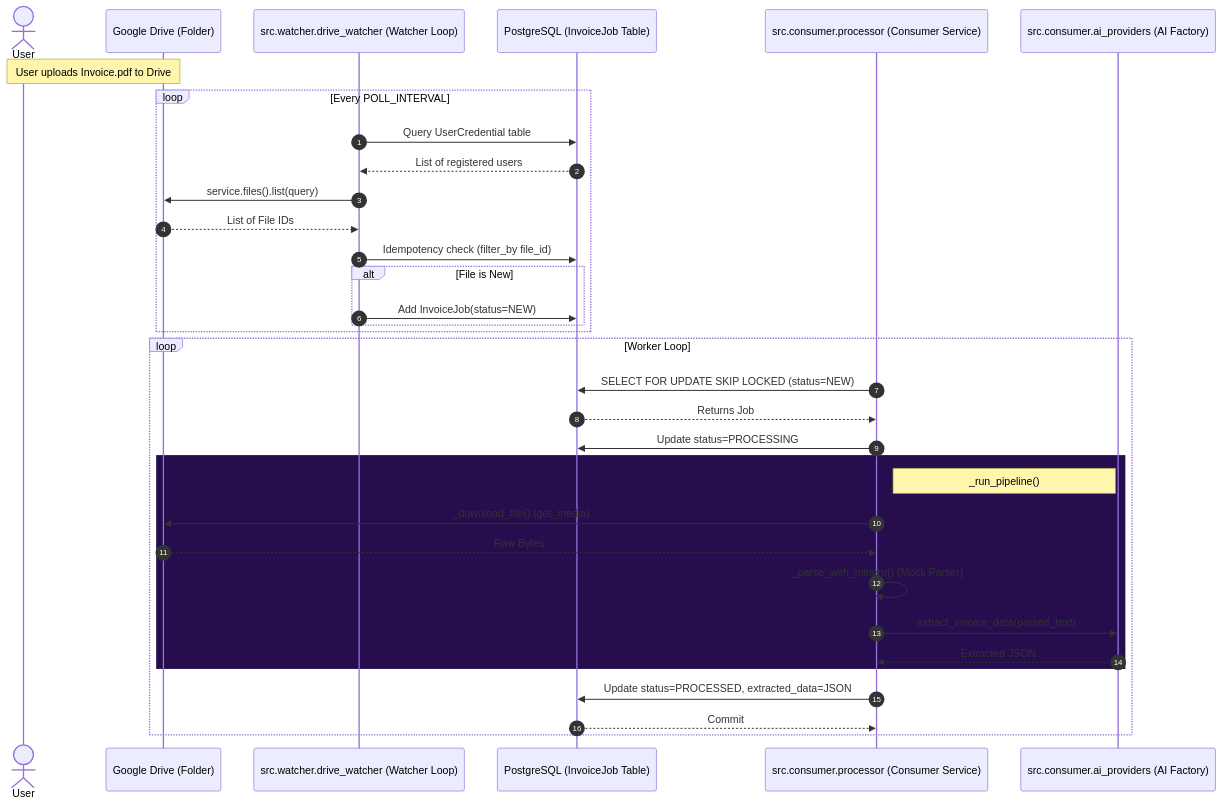
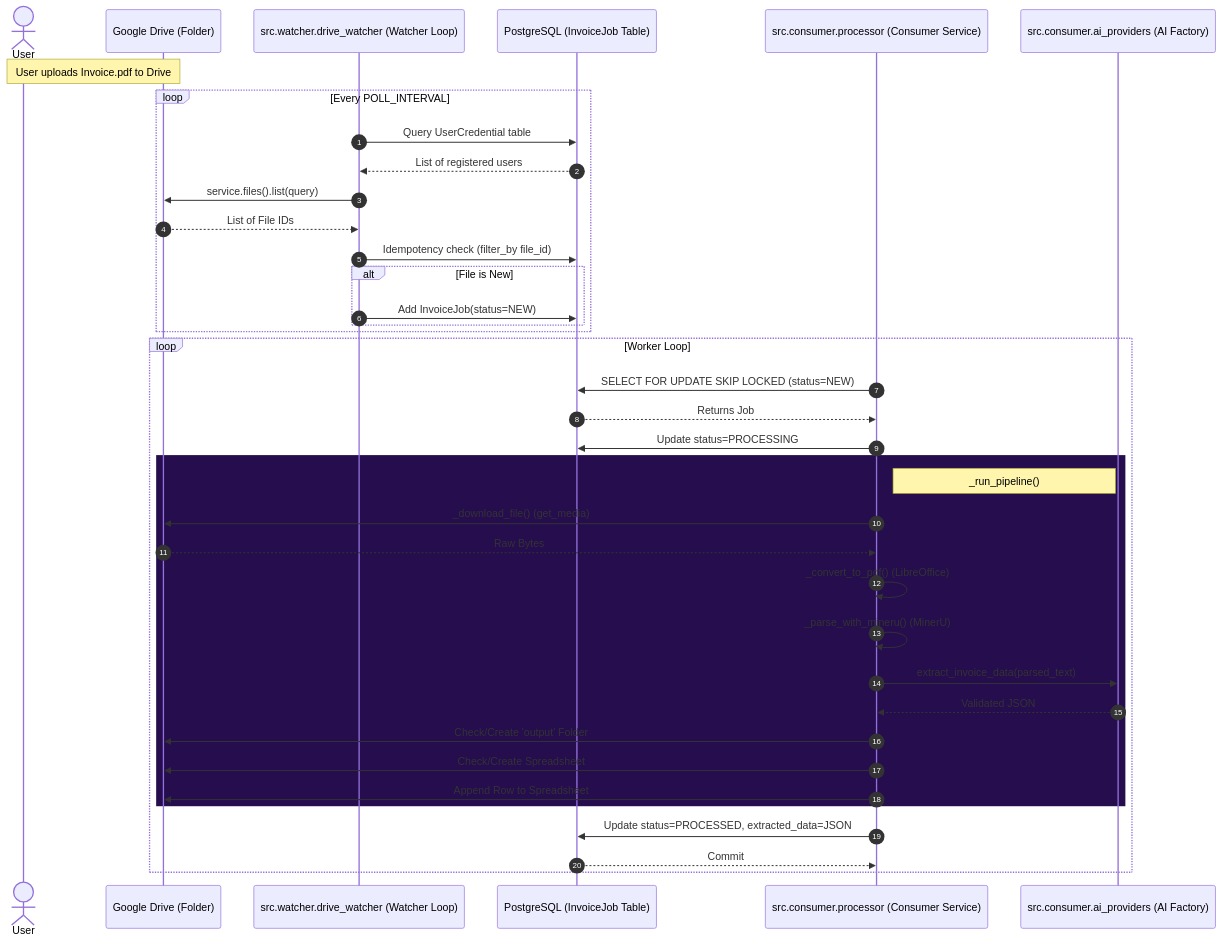
Before and after one commit to vinayak912002/AuditBot: the second of 2 diagrams in diagrams/use_case_overview.md, drawn with Mermaid. The commit also changed other lines of this file and 12 other files, not shown here.

````diff
--- a/diagrams/use_case_overview.md
+++ b/diagrams/use_case_overview.md
@@ -34,41 +36,45 @@
 ```mermaid
 sequenceDiagram
     autonumber
     actor User
     participant GDrive as Google Drive (Folder)
     participant Watcher as src.watcher.drive_watcher (Watcher Loop)
     participant DB as PostgreSQL (InvoiceJob Table)
     participant Consumer as src.consumer.processor (Consumer Service)
     participant AI as src.consumer.ai_providers (AI Factory)
 
     Note over User,GDrive: User uploads Invoice.pdf to Drive
     
     loop Every POLL_INTERVAL
         Watcher->>DB: Query UserCredential table
         DB-->>Watcher: List of registered users
         Watcher->>GDrive: service.files().list(query)
         GDrive-->>Watcher: List of File IDs
         Watcher->>DB: Idempotency check (filter_by file_id)
         alt File is New
             Watcher->>DB: Add InvoiceJob(status=NEW)
         end
     end
 
     loop Worker Loop
         Consumer->>DB: SELECT FOR UPDATE SKIP LOCKED (status=NEW)
         DB-->>Consumer: Returns Job
         Consumer->>DB: Update status=PROCESSING
         
         rect rgb(37, 13, 78)
             Note right of Consumer: _run_pipeline()
             Consumer->>GDrive: _download_file() (get_media)
             GDrive-->>Consumer: Raw Bytes
-            Consumer->>Consumer: _parse_with_mineru() (Mock Parser)
+            Consumer->>Consumer: _convert_to_pdf() (LibreOffice)
+            Consumer->>Consumer: _parse_with_mineru() (MinerU)
             Consumer->>AI: extract_invoice_data(parsed_text)
-            AI-->>Consumer: Extracted JSON
+            AI-->>Consumer: Validated JSON
+            Consumer->>GDrive: Check/Create 'output' Folder
+            Consumer->>GDrive: Check/Create Spreadsheet
+            Consumer->>GDrive: Append Row to Spreadsheet
         end
 
         Consumer->>DB: Update status=PROCESSED, extracted_data=JSON
         DB-->>Consumer: Commit
     end
 ```
````
